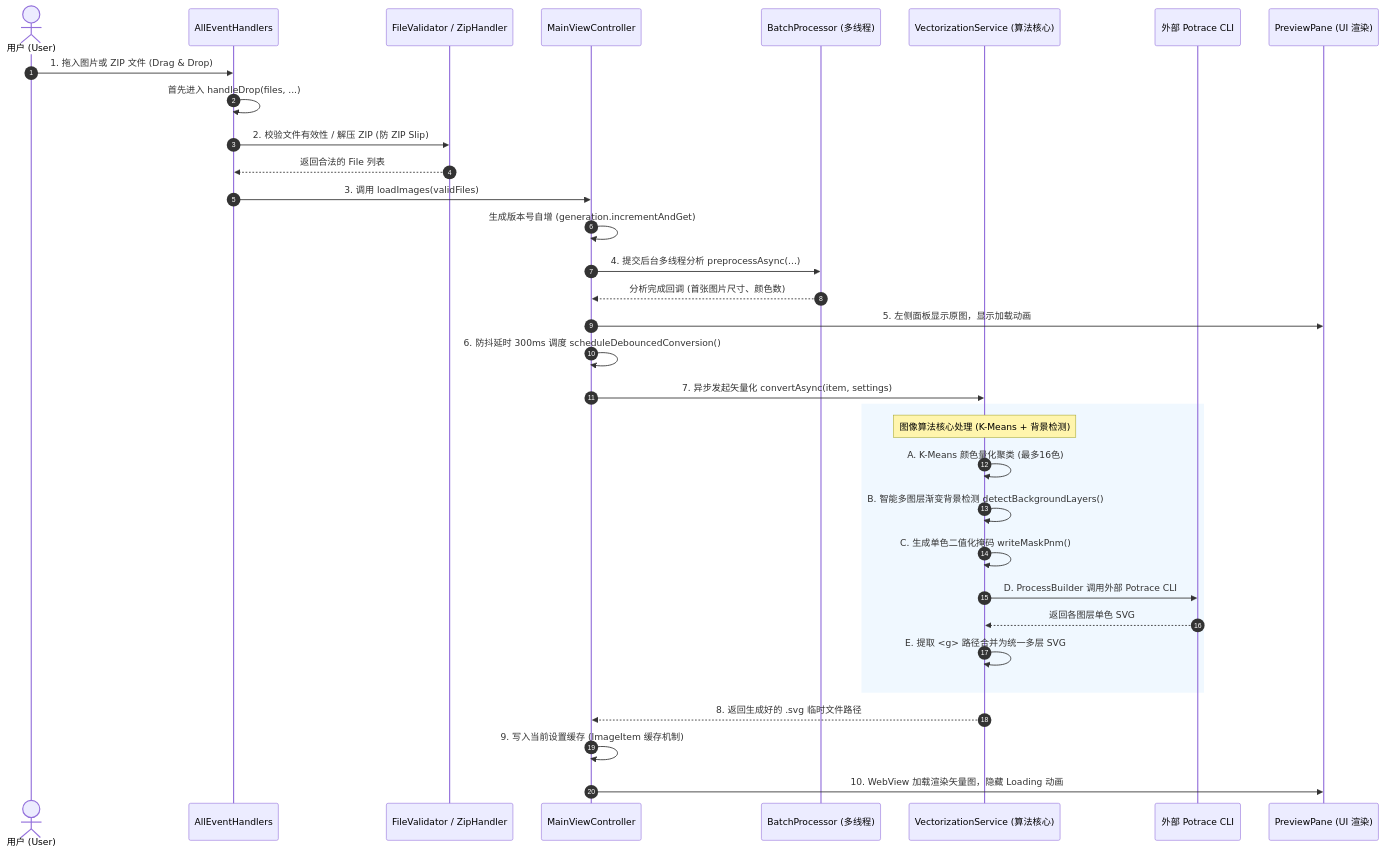
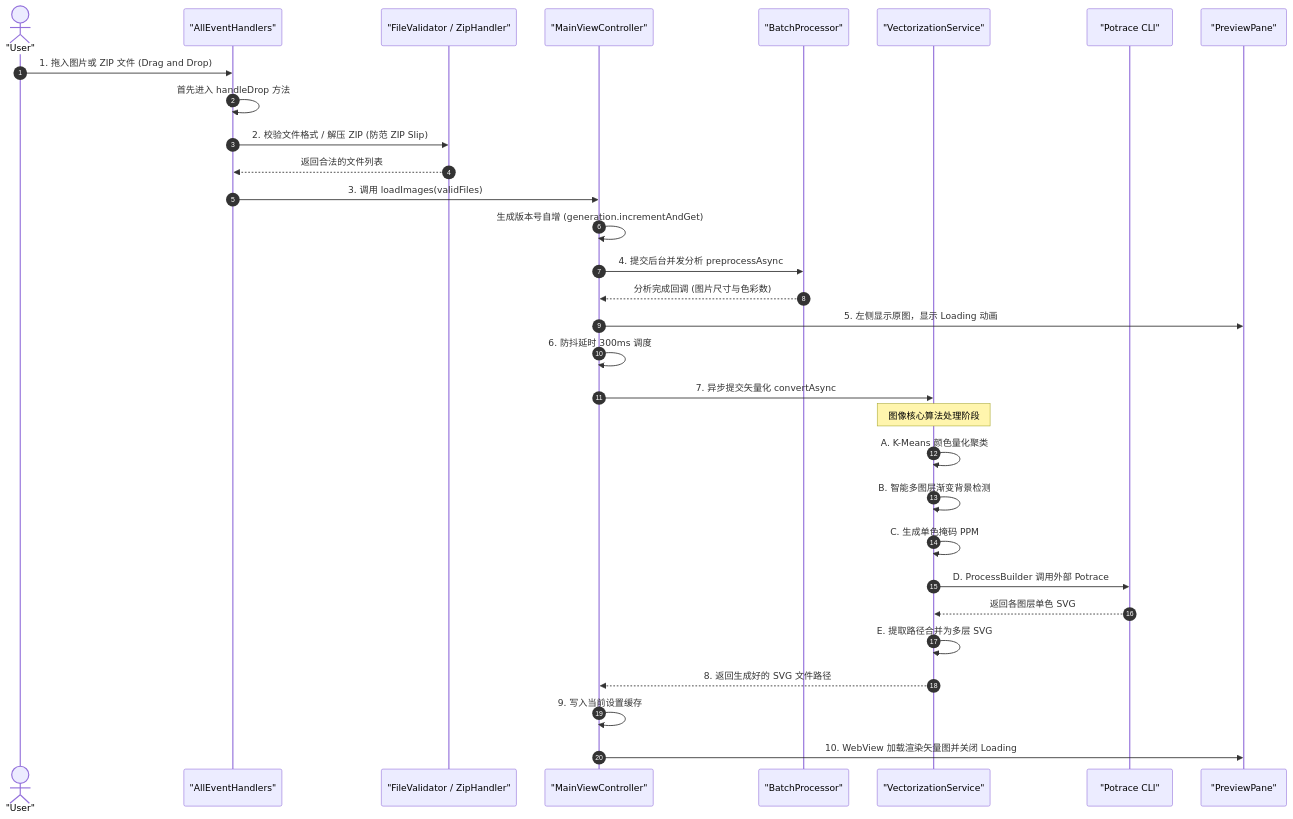
The diagram in IMAGE_PROCESSING_PIPELINE.md (elderwan/vectorizer), drawn with Mermaid before and after one commit. The commit also changed 3 other files, not shown here.

Commit message:
Fix Mermaid diagram parser compatibility in both CN and TH pipeline docs

````diff
--- a/IMAGE_PROCESSING_PIPELINE.md
+++ b/IMAGE_PROCESSING_PIPELINE.md
@@ -9,36 +9,34 @@
 ```mermaid
 sequenceDiagram
     autonumber
-    actor User as 用户 (User)
-    participant EH as AllEventHandlers
-    participant FV as FileValidator / ZipHandler
-    participant MC as MainViewController
-    participant BP as BatchProcessor (多线程)
-    participant VS as VectorizationService (算法核心)
-    participant CLI as 外部 Potrace CLI
-    participant PP as PreviewPane (UI 渲染)
+    actor User as "User"
+    participant EH as "AllEventHandlers"
+    participant FV as "FileValidator / ZipHandler"
+    participant MC as "MainViewController"
+    participant BP as "BatchProcessor"
+    participant VS as "VectorizationService"
+    participant CLI as "Potrace CLI"
+    participant PP as "PreviewPane"
 
-    User->>EH: 1. 拖入图片或 ZIP 文件 (Drag & Drop)
-    EH->>EH: 首先进入 handleDrop(files, ...)
-    EH->>FV: 2. 校验文件有效性 / 解压 ZIP (防 ZIP Slip)
-    FV-->>EH: 返回合法的 File 列表
+    User->>EH: 1. 拖入图片或 ZIP 文件 (Drag and Drop)
+    EH->>EH: 首先进入 handleDrop 方法
+    EH->>FV: 2. 校验文件格式 / 解压 ZIP (防范 ZIP Slip)
+    FV-->>EH: 返回合法的文件列表
     EH->>MC: 3. 调用 loadImages(validFiles)
     MC->>MC: 生成版本号自增 (generation.incrementAndGet)
-    MC->>BP: 4. 提交后台多线程分析 preprocessAsync(...)
-    BP-->>MC: 分析完成回调 (首张图片尺寸、颜色数)
-    MC->>PP: 5. 左侧面板显示原图，显示加载动画
-    MC->>MC: 6. 防抖延时 300ms 调度 scheduleDebouncedConversion()
-    MC->>VS: 7. 异步发起矢量化 convertAsync(item, settings)
-    rect rgb(240, 248, 255)
-        note over VS: 图像算法核心处理 (K-Means + 背景检测)
-        VS->>VS: A. K-Means 颜色量化聚类 (最多16色)
-        VS->>VS: B. 智能多图层渐变背景检测 detectBackgroundLayers()
-        VS->>VS: C. 生成单色二值化掩码 writeMaskPnm()
-        VS->>CLI: D. ProcessBuilder 调用外部 Potrace CLI
-        CLI-->>VS: 返回各图层单色 SVG
-        VS->>VS: E. 提取 <g> 路径合并为统一多层 SVG
-    end
-    VS-->>MC: 8. 返回生成好的 .svg 临时文件路径
-    MC->>MC: 9. 写入当前设置缓存 (ImageItem 缓存机制)
-    MC->>PP: 10. WebView 加载渲染矢量图，隐藏 Loading 动画
+    MC->>BP: 4. 提交后台并发分析 preprocessAsync
+    BP-->>MC: 分析完成回调 (图片尺寸与色彩数)
+    MC->>PP: 5. 左侧显示原图，显示 Loading 动画
+    MC->>MC: 6. 防抖延时 300ms 调度
+    MC->>VS: 7. 异步提交矢量化 convertAsync
+    Note over VS: 图像核心算法处理阶段
+    VS->>VS: A. K-Means 颜色量化聚类
+    VS->>VS: B. 智能多图层渐变背景检测
+    VS->>VS: C. 生成单色掩码 PPM
+    VS->>CLI: D. ProcessBuilder 调用外部 Potrace
+    CLI-->>VS: 返回各图层单色 SVG
+    VS->>VS: E. 提取路径合并为多层 SVG
+    VS-->>MC: 8. 返回生成好的 SVG 文件路径
+    MC->>MC: 9. 写入当前设置缓存
+    MC->>PP: 10. WebView 加载渲染矢量图并关闭 Loading
 ```
````
